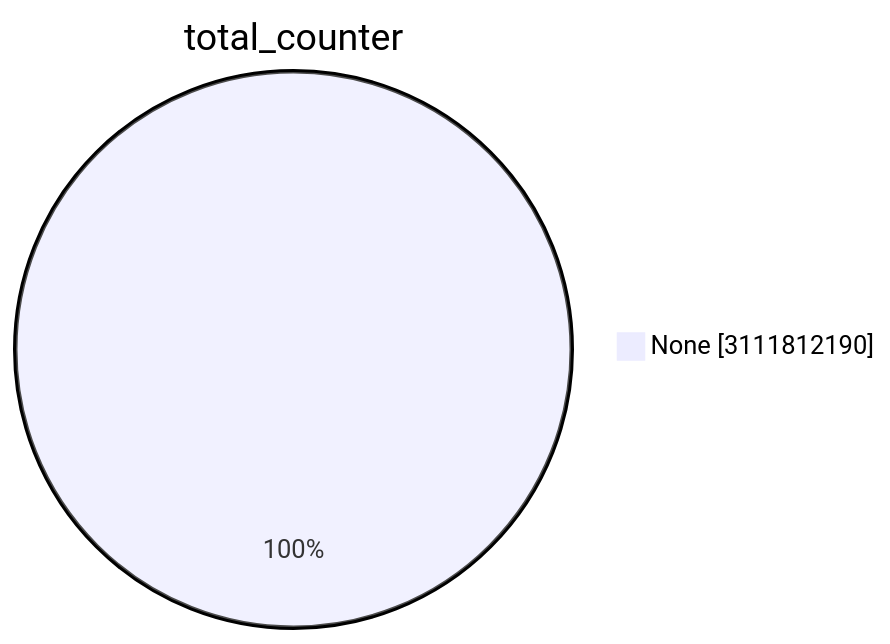
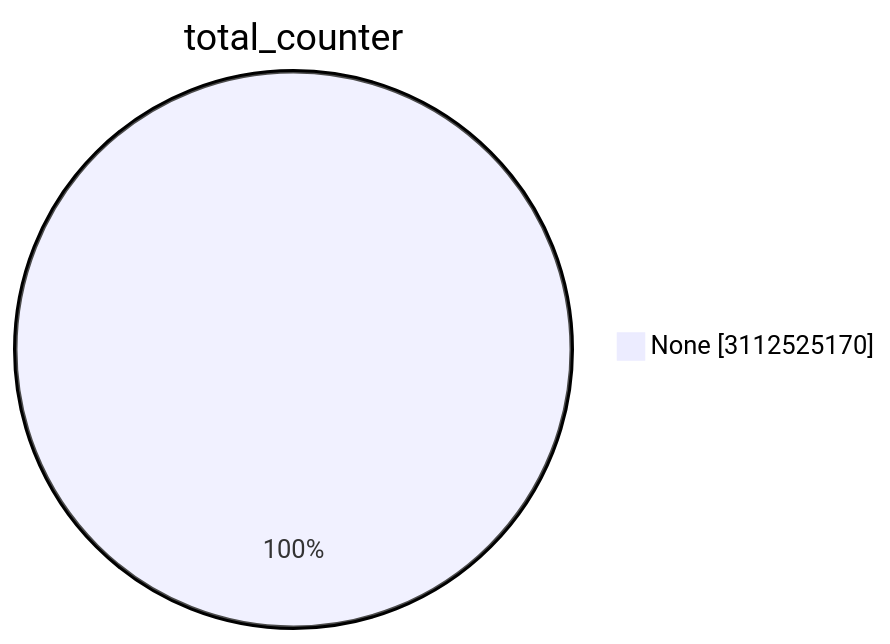
One commit to christiankrug/ctmonitor_visualization changed the first of 15 diagrams in TOTAL/README.md. Above: the diagram before and after it, drawn with Mermaid. The commit also changed other lines of this file, not shown here.

````diff
--- a/TOTAL/README.md
+++ b/TOTAL/README.md
@@ -1,5 +1,5 @@
 ```mermaid
 pie showData
 title total_counter
-"None" :3111812190
+"None" :3112525170
 ```
````
